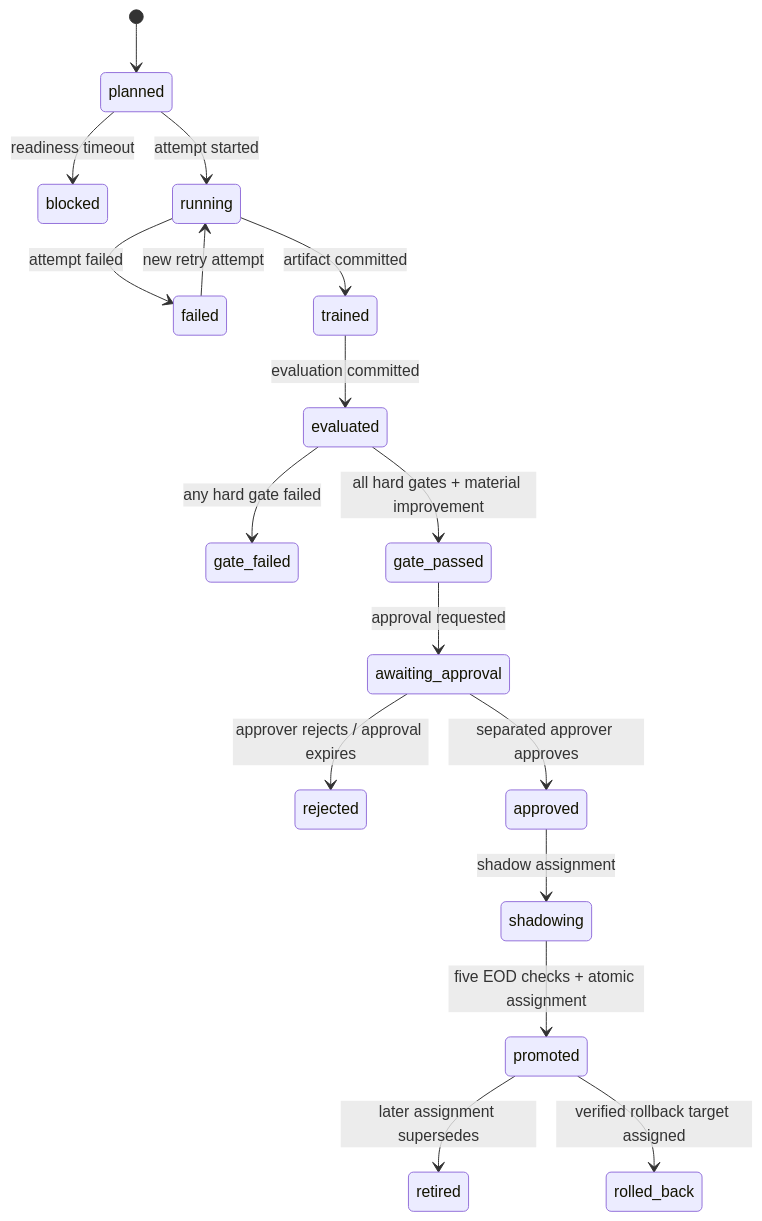
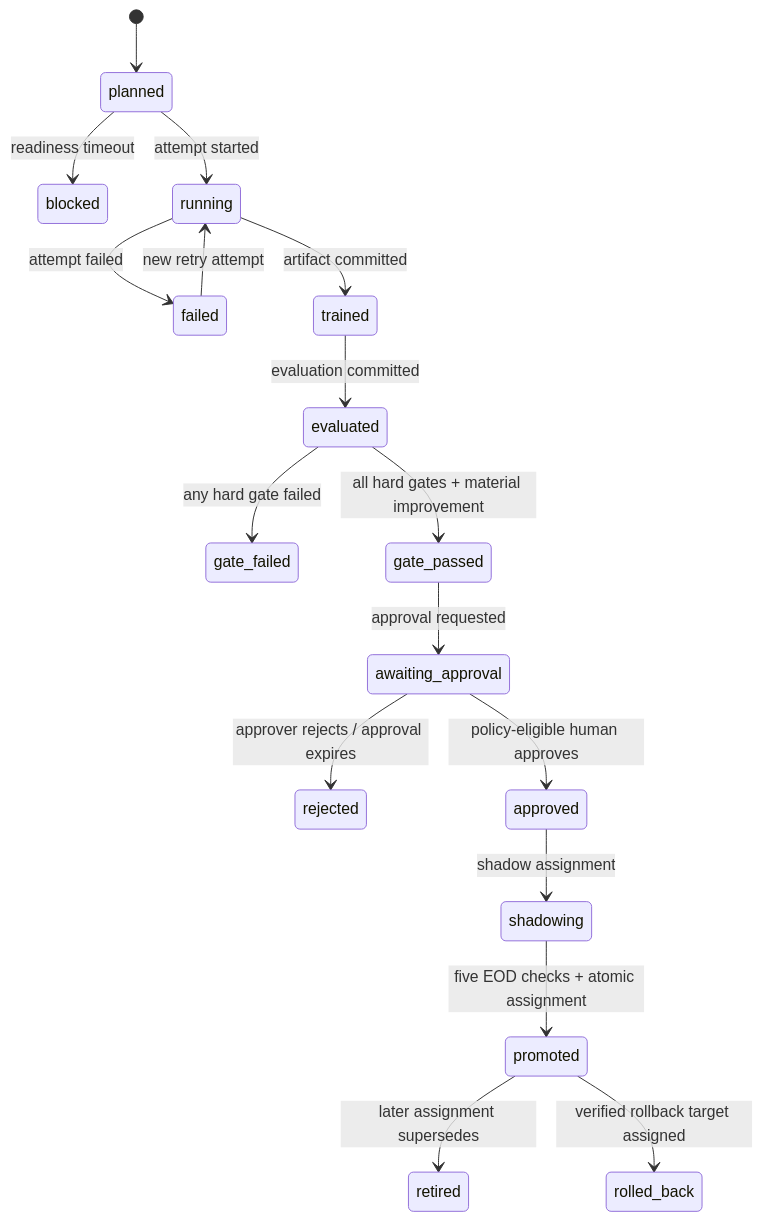
The diagram in docs/design/model-lifecycle-and-promotion.md (KuviWen/tmp-linux-ci), drawn with Mermaid before and after one commit. The commit also changed other lines of this file and 18 other files, not shown here.

````diff
--- a/docs/design/model-lifecycle-and-promotion.md
+++ b/docs/design/model-lifecycle-and-promotion.md
@@ -62,19 +62,19 @@
 ```mermaid
 stateDiagram-v2
     [*] --> planned
     planned --> blocked: readiness timeout
     planned --> running: attempt started
     running --> failed: attempt failed
     failed --> running: new retry attempt
     running --> trained: artifact committed
     trained --> evaluated: evaluation committed
     evaluated --> gate_failed: any hard gate failed
     evaluated --> gate_passed: all hard gates + material improvement
     gate_passed --> awaiting_approval: approval requested
     awaiting_approval --> rejected: approver rejects / approval expires
-    awaiting_approval --> approved: separated approver approves
+    awaiting_approval --> approved: policy-eligible human approves
     approved --> shadowing: shadow assignment
     shadowing --> promoted: five EOD checks + atomic assignment
     promoted --> retired: later assignment supersedes
     promoted --> rolled_back: verified rollback target assigned
 ```
````
